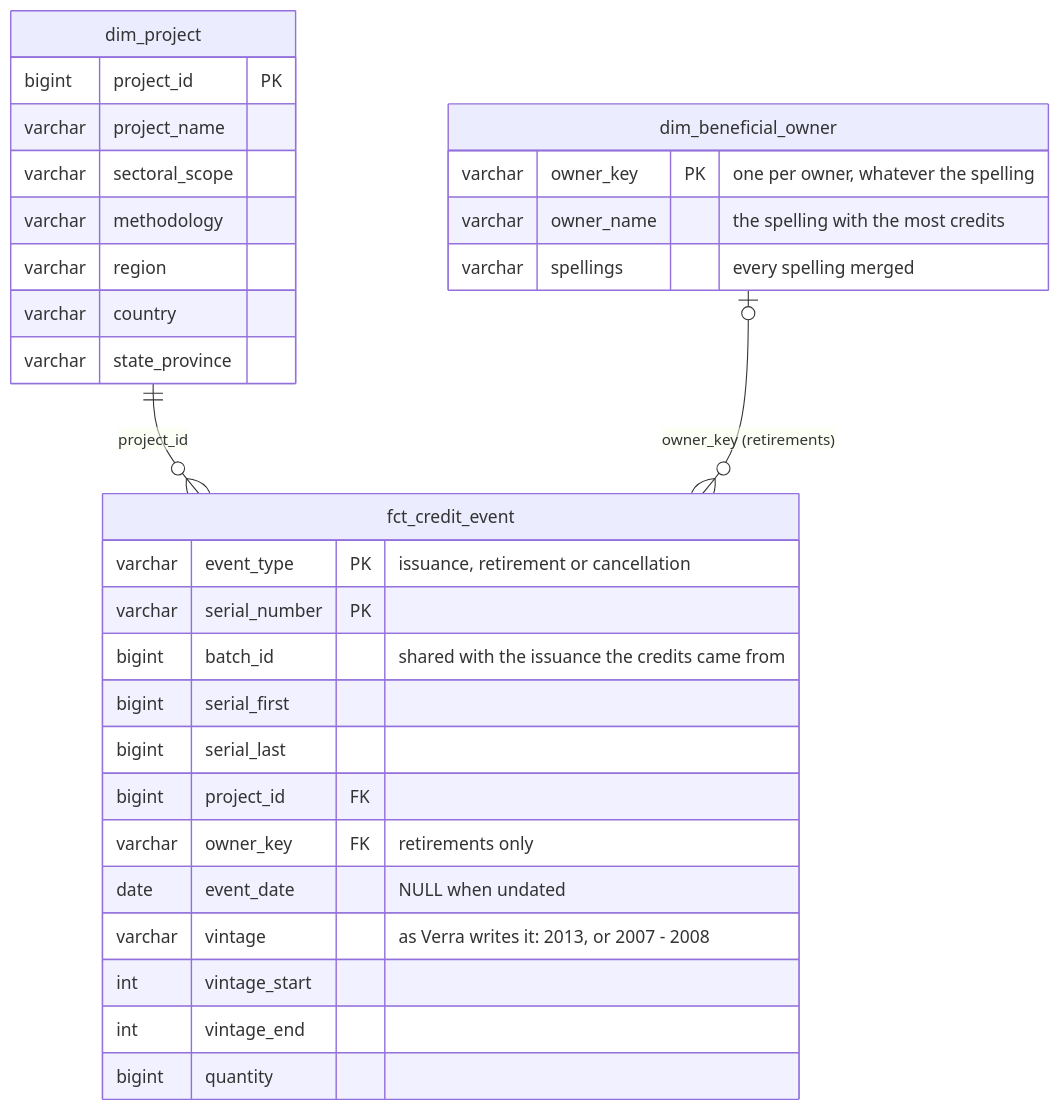
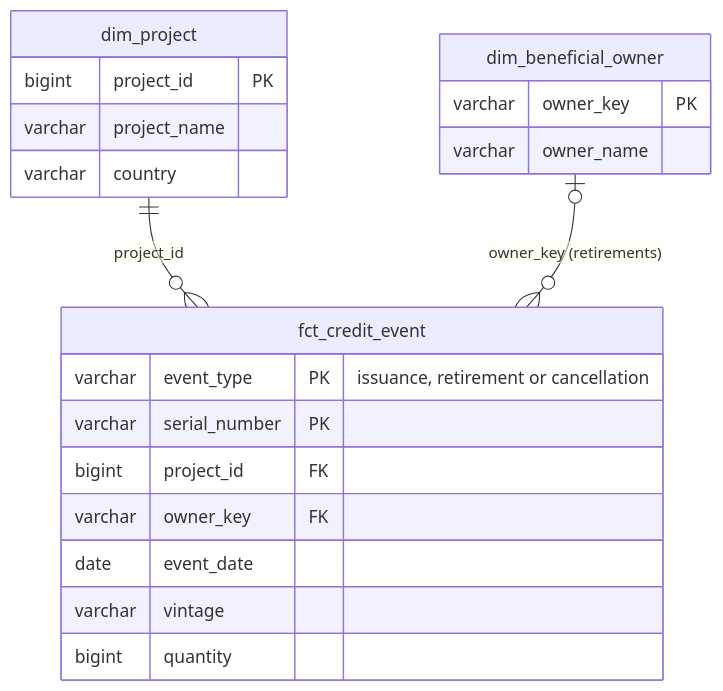
One commit to ShreehariA/verra_registry_pipeline changed the diagram in README.md. Above: the diagram before and after it, drawn with Mermaid. The commit also changed other lines of this file and 49 other files, not shown here.

````diff
--- a/README.md
+++ b/README.md
@@ -155,34 +60,24 @@
 ```mermaid
 erDiagram
     dim_project ||--o{ fct_credit_event : "project_id"
     dim_beneficial_owner |o--o{ fct_credit_event : "owner_key (retirements)"
 
     fct_credit_event {
         varchar event_type PK "issuance, retirement or cancellation"
         varchar serial_number PK
-        bigint batch_id "shared with the issuance the credits came from"
-        bigint serial_first
-        bigint serial_last
         bigint project_id FK
-        varchar owner_key FK "retirements only"
-        date event_date "NULL when undated"
-        varchar vintage "as Verra writes it: 2013, or 2007 - 2008"
-        int vintage_start
-        int vintage_end
+        varchar owner_key FK
+        date event_date
+        varchar vintage
         bigint quantity
     }
     dim_project {
         bigint project_id PK
         varchar project_name
-        varchar sectoral_scope
-        varchar methodology
-        varchar region
         varchar country
-        varchar state_province
     }
     dim_beneficial_owner {
-        varchar owner_key PK "one per owner, whatever the spelling"
-        varchar owner_name "the spelling with the most credits"
-        varchar spellings "every spelling merged"
+        varchar owner_key PK
+        varchar owner_name
     }
 ```
````
